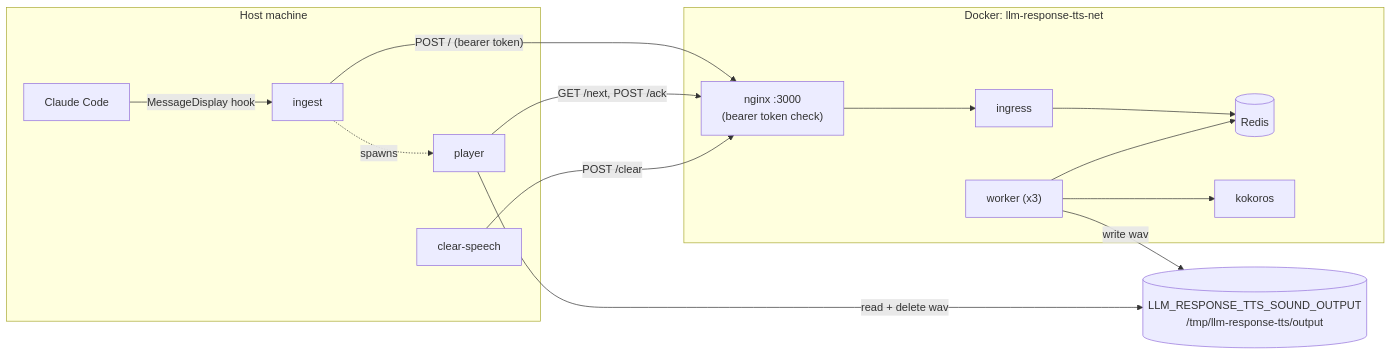
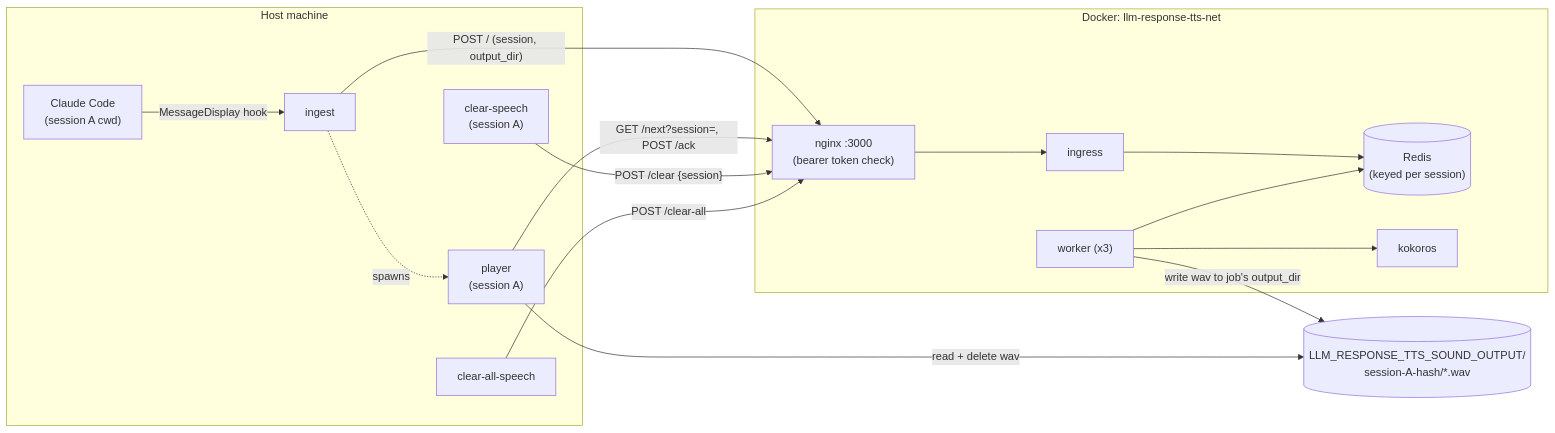
The first of 2 diagrams in README.md (xliang01dev/llm-response-tts), drawn with Mermaid before and after one commit. The commit also changed other lines of this file, not shown here.

Commit message:
README: document per-session isolation (clear-all-speech, session-scoped output/lock/queue)

````diff
--- a/README.md
+++ b/README.md
@@ -207,23 +220,25 @@
 ```mermaid
 graph LR
     subgraph Host["Host machine"]
-        CC["Claude Code"] -->|"MessageDisplay hook"| I["ingest"]
-        I -.spawns.-> P["player"]
-        CS["clear-speech"]
+        CC["Claude Code<br/>(session A cwd)"] -->|"MessageDisplay hook"| I["ingest"]
+        I -.spawns.-> P["player<br/>(session A)"]
+        CS["clear-speech<br/>(session A)"]
+        CAS["clear-all-speech"]
     end
 
     subgraph Docker["Docker: llm-response-tts-net"]
         N["nginx :3000<br/>(bearer token check)"] --> IG["ingress"]
-        IG --> R[("Redis")]
+        IG --> R[("Redis<br/>(keyed per session)")]
         W["worker (x3)"] --> R
         W --> K["kokoros"]
     end
 
-    SO[("LLM_RESPONSE_TTS_SOUND_OUTPUT<br/>/tmp/llm-response-tts/output")]
+    SO[("LLM_RESPONSE_TTS_SOUND_OUTPUT/<br/>session-A-hash/*.wav")]
 
-    I -->|"POST / (bearer token)"| N
-    P -->|"GET /next, POST /ack"| N
-    CS -->|"POST /clear"| N
-    W -->|"write wav"| SO
+    I -->|"POST / (session, output_dir)"| N
+    P -->|"GET /next?session=, POST /ack"| N
+    CS -->|"POST /clear {session}"| N
+    CAS -->|"POST /clear-all"| N
+    W -->|"write wav to job's output_dir"| SO
     P -->|"read + delete wav"| SO
 ```
````
